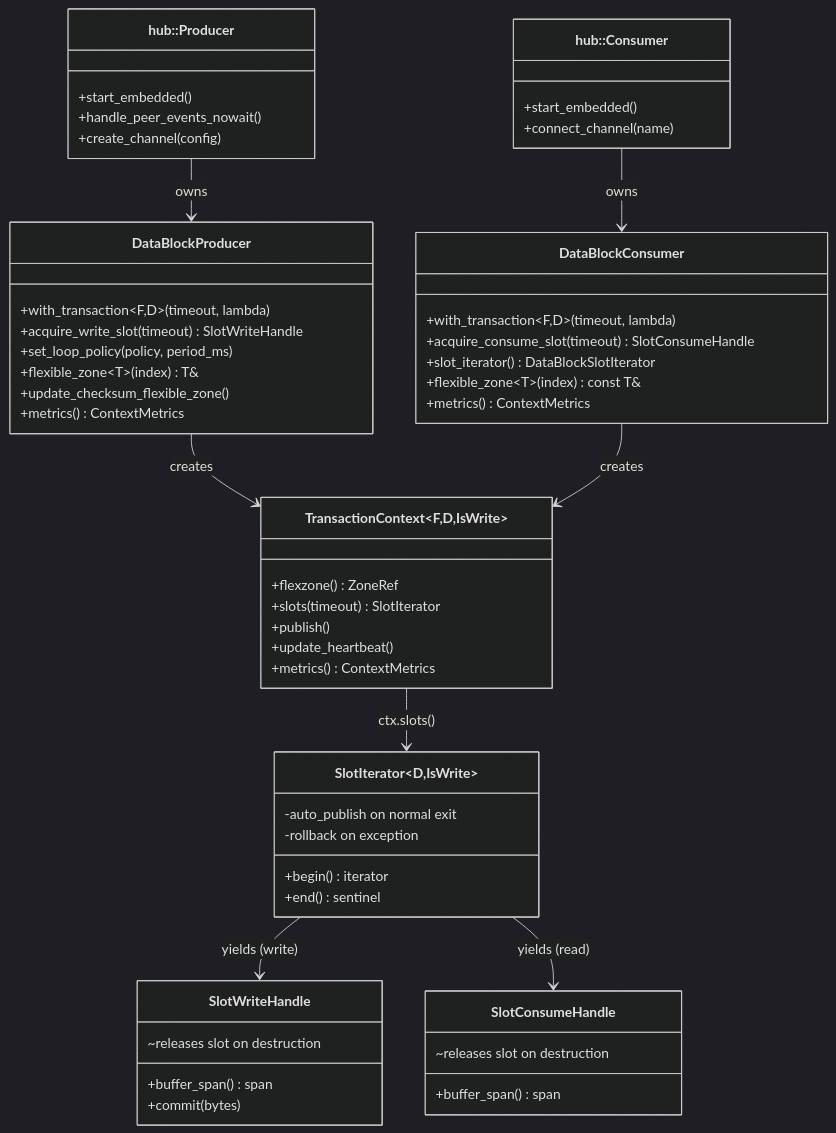
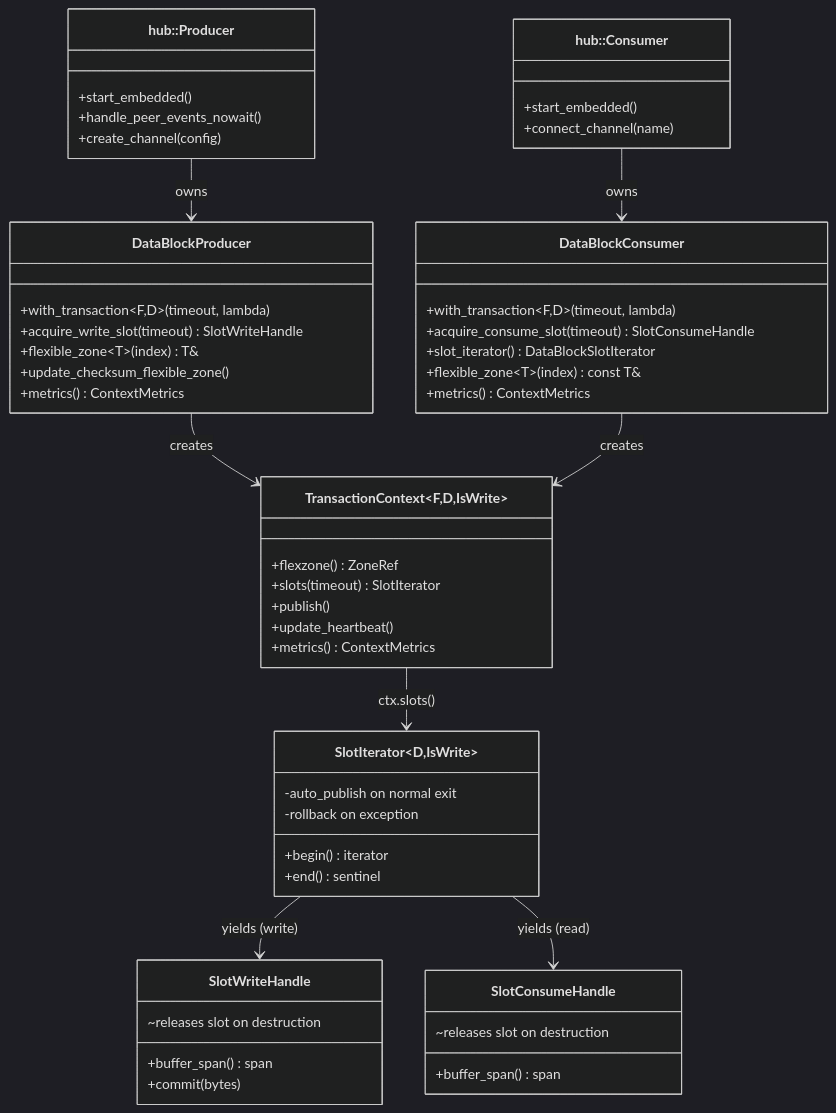
The seventh of 8 diagrams in docs/HEP/HEP-CORE-0002-DataHub-FINAL.md (Qing-LAB/pylabhub), drawn with Mermaid before and after one commit. The commit also changed other lines of this file and 11 other files, not shown here.

````diff
--- a/docs/HEP/HEP-CORE-0002-DataHub-FINAL.md
+++ b/docs/HEP/HEP-CORE-0002-DataHub-FINAL.md
@@ -1515,58 +1515,57 @@
 ```mermaid
 %%{init: {'theme': 'dark'}}%%
 classDiagram
     class DataBlockProducer {
         +with_transaction~F,D~(timeout, lambda)
         +acquire_write_slot(timeout) SlotWriteHandle
-        +set_loop_policy(policy, period_ms)
         +flexible_zone~T~(index) T&
         +update_checksum_flexible_zone()
         +metrics() ContextMetrics
     }
     class DataBlockConsumer {
         +with_transaction~F,D~(timeout, lambda)
         +acquire_consume_slot(timeout) SlotConsumeHandle
         +slot_iterator() DataBlockSlotIterator
         +flexible_zone~T~(index) const T&
         +metrics() ContextMetrics
     }
     class TransactionContext~F,D,IsWrite~ {
         +flexzone() ZoneRef
         +slots(timeout) SlotIterator
         +publish()
         +update_heartbeat()
         +metrics() ContextMetrics
     }
     class SlotIterator~D,IsWrite~ {
         +begin() iterator
         +end() sentinel
         -auto_publish on normal exit
         -rollback on exception
     }
     class SlotWriteHandle {
         +buffer_span() span
         +commit(bytes)
         ~releases slot on destruction
     }
     class SlotConsumeHandle {
         +buffer_span() span
         ~releases slot on destruction
     }
     class HubProducer["hub::Producer"] {
         +start_embedded()
         +handle_peer_events_nowait()
         +create_channel(config)
     }
     class HubConsumer["hub::Consumer"] {
         +start_embedded()
         +connect_channel(name)
     }
 
     DataBlockProducer --> TransactionContext : creates
     DataBlockConsumer --> TransactionContext : creates
     TransactionContext --> SlotIterator : ctx.slots()
     SlotIterator --> SlotWriteHandle : yields (write)
     SlotIterator --> SlotConsumeHandle : yields (read)
     HubProducer --> DataBlockProducer : owns
     HubConsumer --> DataBlockConsumer : owns
 ```
````
